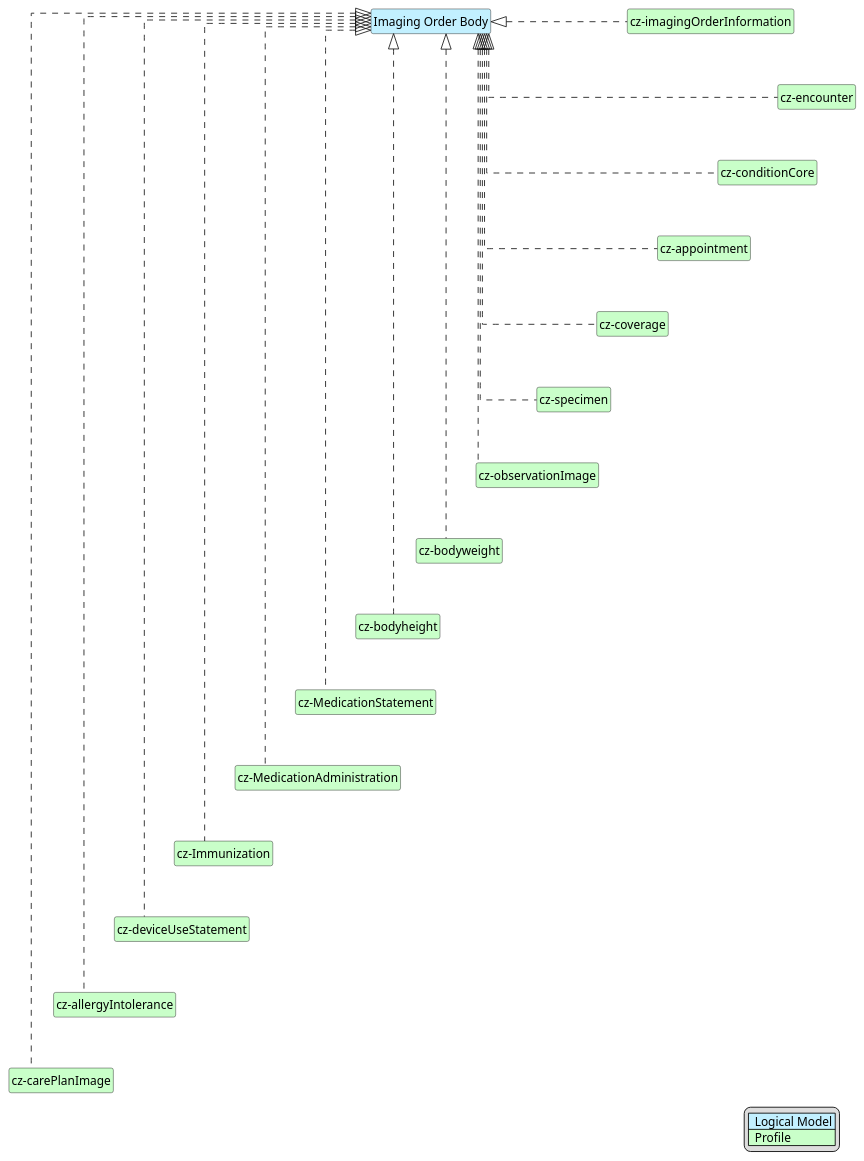
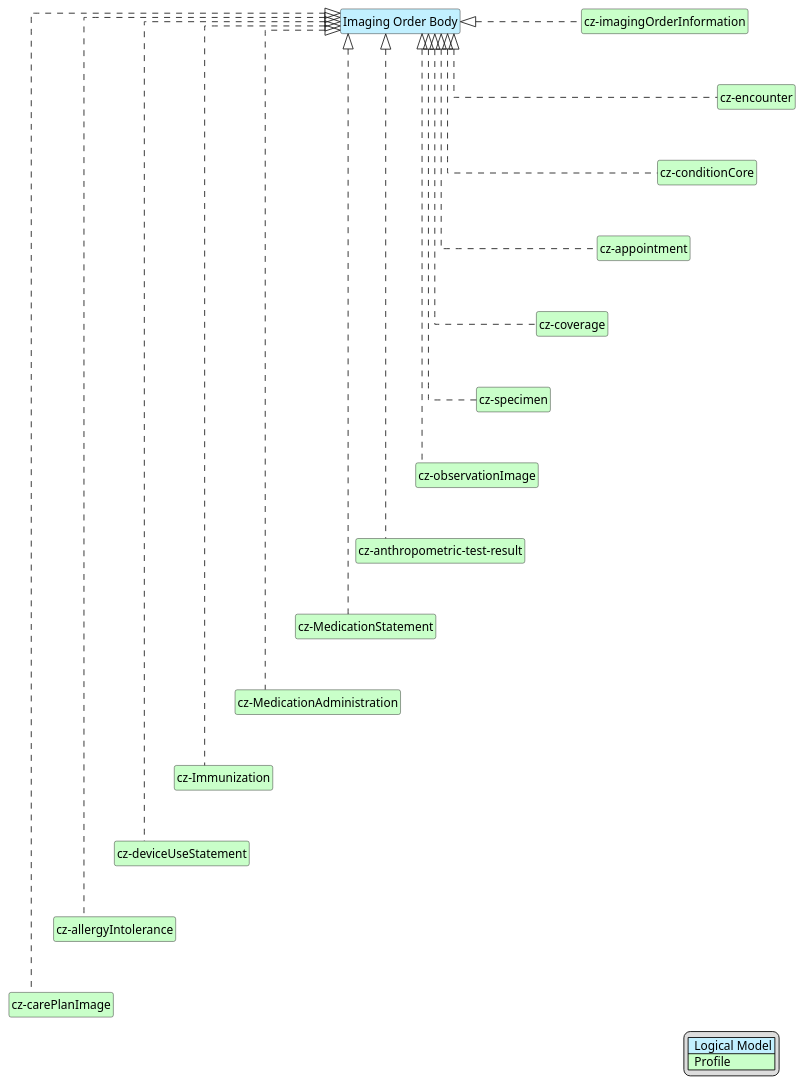
One commit to HL7-cz/img-order changed the diagram in input/images-source/imgOrderBody-map.plantuml. Above: the diagram before and after it, drawn with PlantUML. The commit also changed 4 other files, not shown here.

```diff
--- a/input/images-source/imgOrderBody-map.plantuml
+++ b/input/images-source/imgOrderBody-map.plantuml
@@ -1,64 +1,61 @@
 @startuml
 hide circle
 hide stereotype
 hide members
 hide methods
 skinparam linetype ortho
 skinparam class {
 BackgroundColor<<LogicalModel>> #APPLICATION
 BackgroundColor<<Profile>> #TECHNOLOGY
 }
 legend right
 | <#APPLICATION>  Logical Model |
 | <#TECHNOLOGY>  Profile |
 endlegend
 class "Imaging Order Body" <<LogicalModel>> [[StructureDefinition-BodyImageOrderCz.html]]
 
 class "cz-imagingOrderInformation" <<Profile>> [[StructureDefinition-cz-imagingOrderInformation.html]]
 class "cz-conditionCore" <<Profile>> [[https://hl7.cz/fhir/core/StructureDefinition-condition-cz-core.html]]
 class "cz-encounter" <<Profile>> [[https://hl7.cz/fhir/core/StructureDefinition-cz-encounter.html]]
 class "cz-coverage" <<Profile>> [[https://hl7.cz/fhir/core/StructureDefinition-cz-coverage.html]]
 class "cz-appointment" <<Profile>> [[https://hl7.cz/fhir/core/StructureDefinition-appointment-cz-core.html]]
 class "cz-specimen" <<Profile>> [[https://hl7.cz/fhir/core/StructureDefinition-cz-specimen.html]]
 class "cz-observationImage" <<Profile>> [[StructureDefinition-cz-observationImage.html]]
-class "cz-bodyweight" <<Profile>> [[StructureDefinition-cz-bodyweight.html]]
-class "cz-bodyheight" <<Profile>> [[StructureDefinition-cz-bodyheight.html]]
+class "cz-anthropometric-test-result" <<Profile>> [[StructureDefinition-cz-anthropometric-test-result.html]]
 class "cz-MedicationStatement" <<Profile>> [[https://hl7.cz/fhir/core/StructureDefinition-medicationStatement-cz-core.html]]
 class "cz-MedicationAdministration" <<Profile>> [[https://hl7.cz/fhir/core/StructureDefinition-MedicationAdministration-cz-core.html]]
 class "cz-Immunization" <<Profile>> [[https://hl7.cz/fhir/core/StructureDefinition-immunization-cz-core.html]]
 class "cz-deviceUseStatement" <<Profile>> [[StructureDefinition-cz-deviceUseStatement.html]]
 class "cz-allergyIntolerance" <<Profile>> [[https://hl7.cz/fhir/core/StructureDefinition-allergyIntolerance-cz-core.html]]
 class "cz-carePlanImage" <<Profile>> [[https://hl7.cz/fhir/core/StructureDefinition-carePlan-cz-core.html]]
 
 "Imaging Order Body" <|. "cz-imagingOrderInformation"
 "Imaging Order Body" <|. "cz-appointment"
 "Imaging Order Body" <|. "cz-coverage"
 "Imaging Order Body" <|. "cz-conditionCore"
 "Imaging Order Body" <|. "cz-encounter"
 "Imaging Order Body" <|. "cz-specimen"
 "Imaging Order Body" <|. "cz-observationImage"
-"Imaging Order Body" <|. "cz-bodyweight"
-"Imaging Order Body" <|. "cz-bodyheight"
+"Imaging Order Body" <|. "cz-anthropometric-test-result"
 "Imaging Order Body" <|. "cz-MedicationStatement"
 "Imaging Order Body" <|. "cz-MedicationAdministration"
 "Imaging Order Body" <|. "cz-Immunization"
 "Imaging Order Body" <|. "cz-deviceUseStatement"
 "Imaging Order Body" <|. "cz-allergyIntolerance"
 "Imaging Order Body" <|. "cz-carePlanImage"
 
 "cz-imagingOrderInformation" -d[hidden]-> "cz-encounter"
 "cz-encounter" -d[hidden]-> "cz-conditionCore"
 "cz-conditionCore" -d[hidden]-> "cz-appointment"
 "cz-appointment" -d[hidden]-> "cz-coverage"
 "cz-coverage" -d[hidden]-> "cz-specimen"
 "cz-specimen" -d[hidden]-> "cz-observationImage"
-"cz-observationImage" -d[hidden]-> "cz-bodyweight"
-"cz-bodyweight" -d[hidden]-> "cz-bodyheight"
-"cz-bodyheight" -d[hidden]-> "cz-MedicationStatement"
+"cz-observationImage" -d[hidden]-> "cz-anthropometric-test-result"
+"cz-anthropometric-test-result" -d[hidden]-> "cz-MedicationStatement"
 "cz-MedicationStatement" -d[hidden]-> "cz-MedicationAdministration"
 "cz-MedicationAdministration" -d[hidden]-> "cz-Immunization"
 "cz-Immunization" -d[hidden]-> "cz-deviceUseStatement"
 "cz-deviceUseStatement" -d[hidden]-> "cz-allergyIntolerance"
 "cz-allergyIntolerance" -d[hidden]-> "cz-carePlanImage"
 
 @enduml
```
